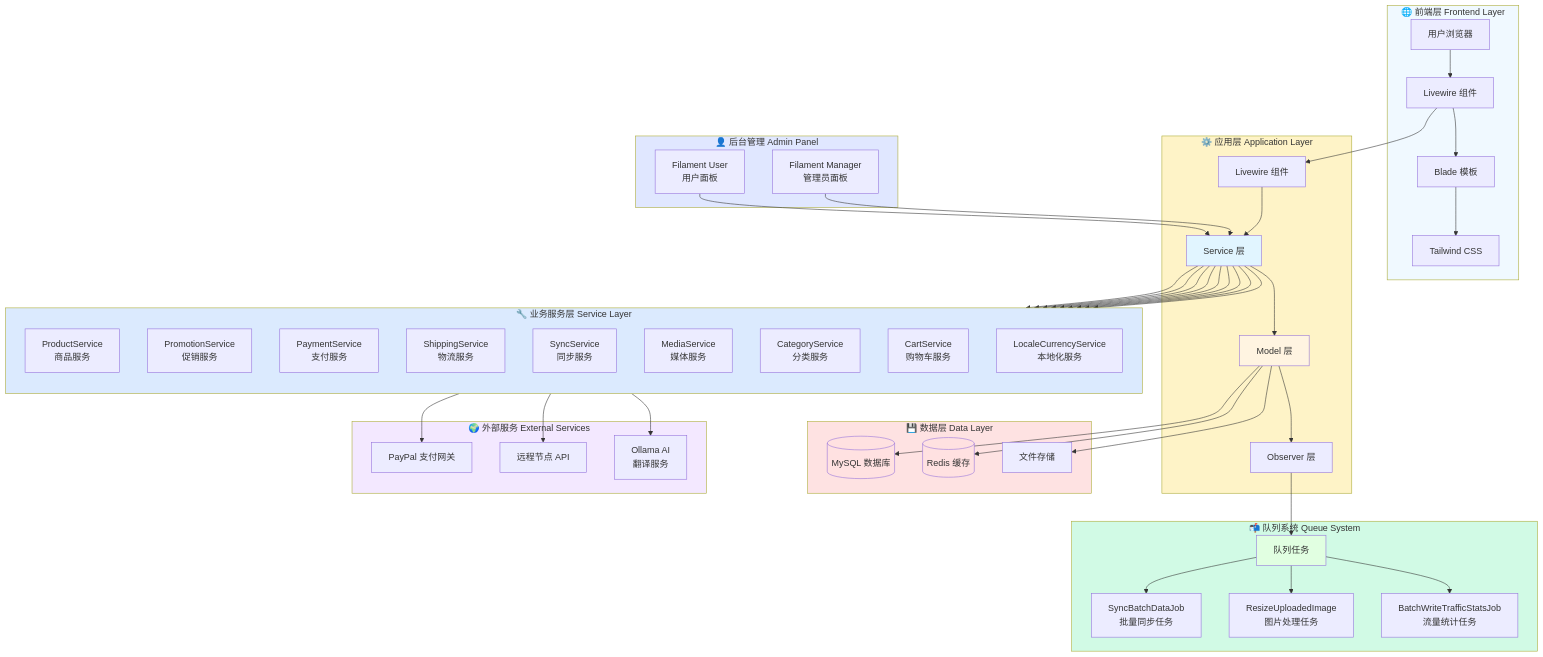
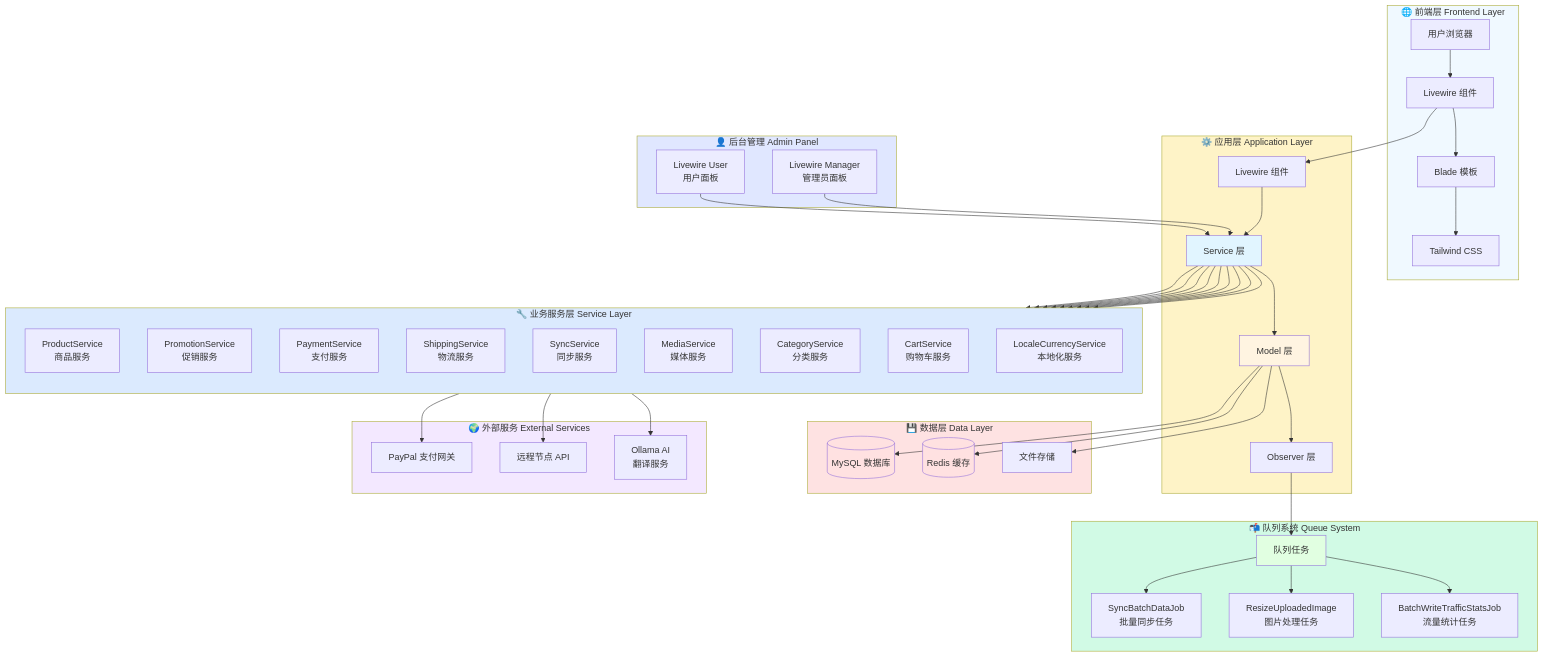
Before and after one commit to TeanaryService/teanary_service: the first of 6 diagrams in docs/ARCHITECTURE.md, drawn with Mermaid. The commit also changed other lines of this file and 265 other files, not shown here.

```diff
--- a/docs/ARCHITECTURE.md
+++ b/docs/ARCHITECTURE.md
@@ -55,8 +55,8 @@
     end
 
     subgraph Admin["👤 后台管理 Admin Panel"]
-        L[Filament Manager<br/>管理员面板]
-        M[Filament User<br/>用户面板]
+        L[Livewire Manager<br/>管理员面板]
+        M[Livewire User<br/>用户面板]
     end
 
     subgraph External["🌍 外部服务 External Services"]
```
